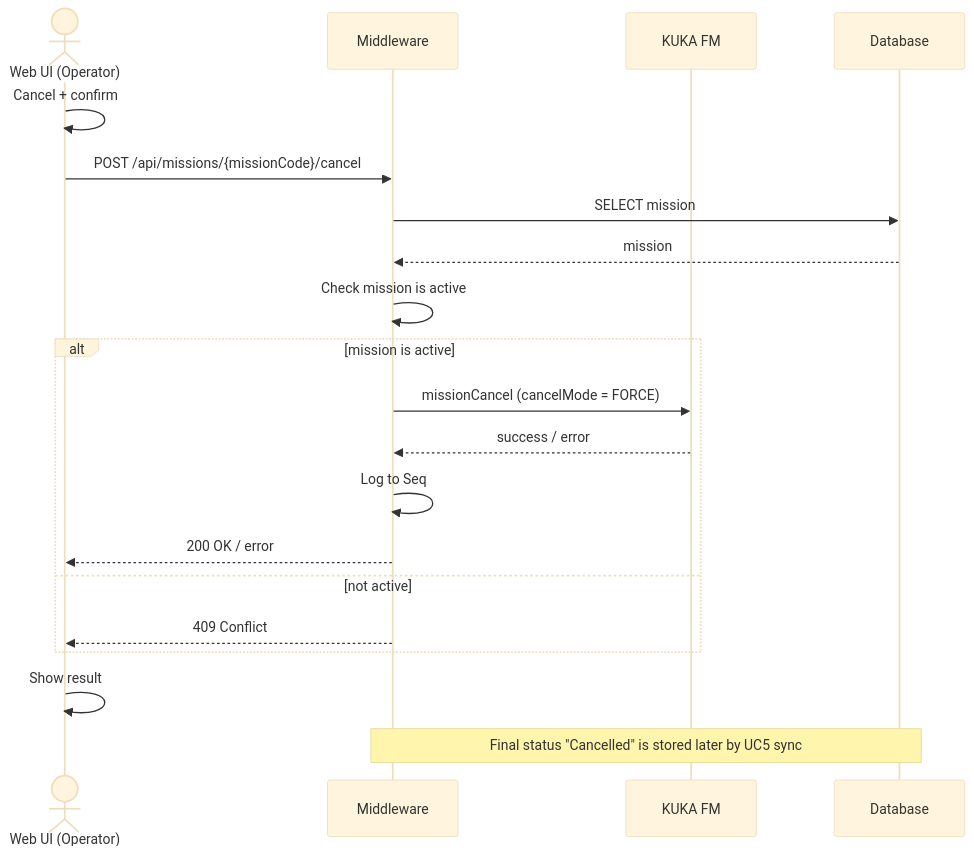
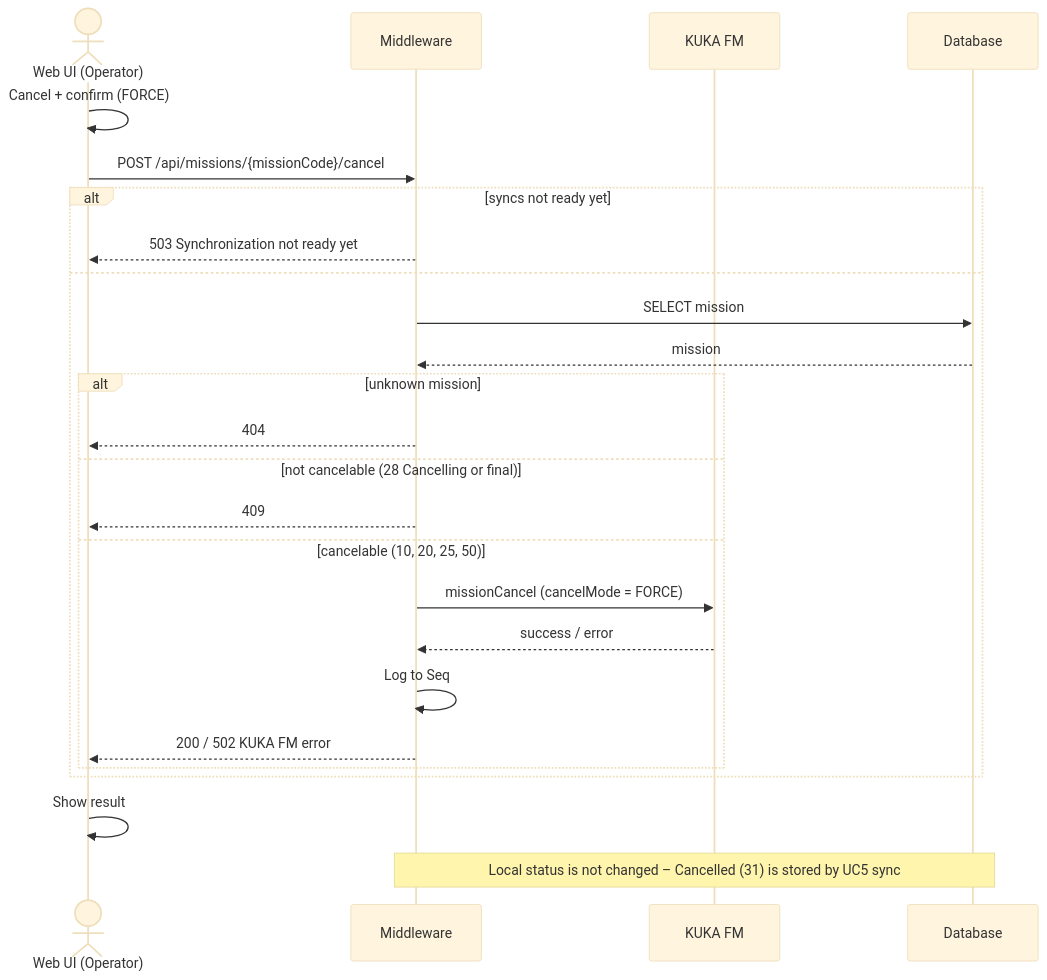
The second of 8 diagrams in documentation/specification.md (FEI-thridos/ITS), drawn with Mermaid (base theme) before and after one commit. The commit also changed other lines of this file and 68 other files, not shown here.

````diff
--- a/documentation/specification.md
+++ b/documentation/specification.md
@@ -87,23 +93,28 @@
 ```mermaid
 sequenceDiagram
     actor UI as Web UI (Operator)
     participant MW as Middleware
     participant KUKA as KUKA FM
     participant DB as Database
 
-    UI->>UI: Cancel + confirm
+    UI->>UI: Cancel + confirm (FORCE)
     UI->>MW: POST /api/missions/{missionCode}/cancel
-    MW->>DB: SELECT mission
-    DB-->>MW: mission
-    MW->>MW: Check mission is active
-    alt mission is active
-        MW->>KUKA: missionCancel (cancelMode = FORCE)
-        KUKA-->>MW: success / error
-        MW->>MW: Log to Seq
-        MW-->>UI: 200 OK / error
-    else not active
-        MW-->>UI: 409 Conflict
+    alt syncs not ready yet
+        MW-->>UI: 503 Synchronization not ready yet
+    else
+        MW->>DB: SELECT mission
+        DB-->>MW: mission
+        alt unknown mission
+            MW-->>UI: 404
+        else not cancelable (28 Cancelling or final)
+            MW-->>UI: 409
+        else cancelable (10, 20, 25, 50)
+            MW->>KUKA: missionCancel (cancelMode = FORCE)
+            KUKA-->>MW: success / error
+            MW->>MW: Log to Seq
+            MW-->>UI: 200 / 502 KUKA FM error
+        end
     end
     UI->>UI: Show result
-    Note over MW,DB: Final status "Cancelled" is stored later by UC5 sync
+    Note over MW,DB: Local status is not changed – Cancelled (31) is stored by UC5 sync
 ```
````
